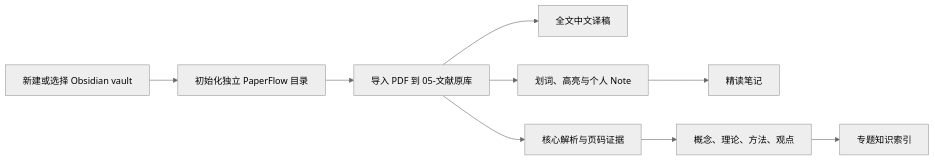
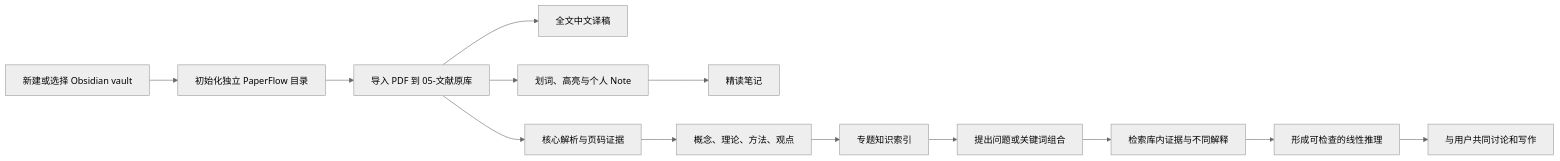
Before and after one commit to MuKaramia/PaperFlow: the diagram in README.md, drawn with Mermaid (neutral theme). The commit also changed other lines of this file and 20 other files, not shown here.

````diff
--- a/README.md
+++ b/README.md
@@ -82,11 +93,15 @@
 ```mermaid
 flowchart LR
     A["新建或选择 Obsidian vault"] --> B["初始化独立 PaperFlow 目录"]
     B --> C["导入 PDF 到 05-文献原库"]
     C --> D["全文中文译稿"]
     C --> E["核心解析与页码证据"]
     C --> F["划词、高亮与个人 Note"]
     F --> G["精读笔记"]
     E --> H["概念、理论、方法、观点"]
     H --> I["专题知识索引"]
+    I --> J["提出问题或关键词组合"]
+    J --> K["检索库内证据与不同解释"]
+    K --> L["形成可检查的线性推理"]
+    L --> M["与用户共同讨论和写作"]
 ```
````
